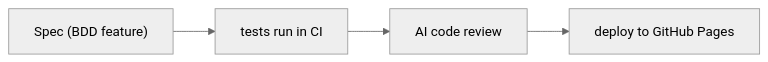
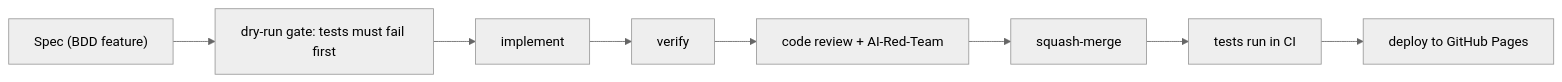
The diagram in README.md (kp-marco-gutierrez/test_ai_workflow), drawn with Mermaid (neutral theme) before and after one commit. The commit also changed other lines of this file and 2 other files, not shown here.

Commit message:
feat: Detailed pipeline diagram in the README (#114)
* AI1: BDD spec and tests for detailed pipeline diagram in README (#109)

Tests assert the "How it works" section shows AI-Red-Team review, dry-run
gate, implement, verify, code review, and squash-merge steps. Expected to
fail until AI2 expands the mermaid diagram.

* fix: expand How it works diagram to show all pipeline stages

Add AI-Red-Team, dry-run gate, implement, verify, code review, and
squash-merge steps to the README diagram so the BDD spec scenarios pass.

---------

````diff
--- a/README.md
+++ b/README.md
@@ -13,6 +13,10 @@
 ```mermaid
 flowchart LR
-    Spec["Spec (BDD feature)"] --> tests["tests run in CI"]
-    tests --> review["AI code review"]
-    review --> deploy["deploy to GitHub Pages"]
+    Spec["Spec (BDD feature)"] --> dryrun["dry-run gate: tests must fail first"]
+    dryrun --> implement["implement"]
+    implement --> verify["verify"]
+    verify --> review["code review + AI-Red-Team"]
+    review --> merge["squash-merge"]
+    merge --> tests["tests run in CI"]
+    tests --> deploy["deploy to GitHub Pages"]
 ```
````
